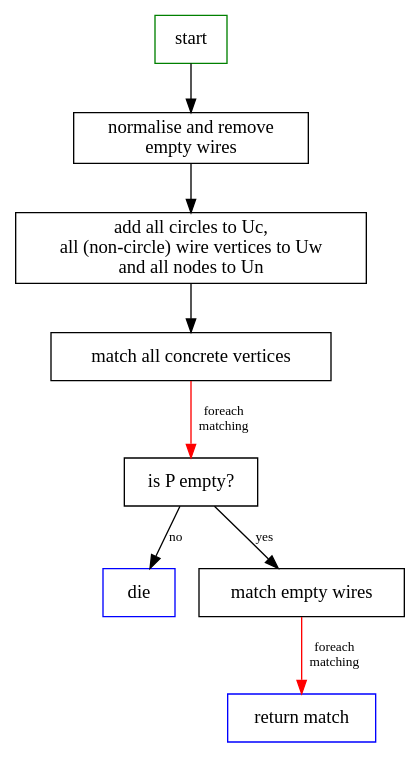
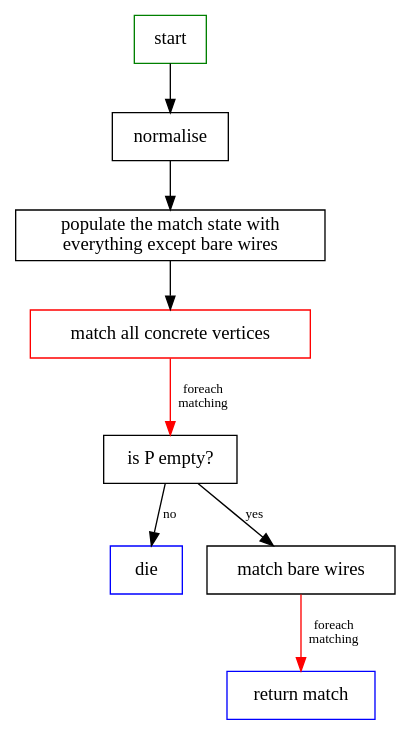
Before and after one commit to zxcalc/quantomatic: the diagram in docs/matching_algo/concrete_wrapper.dot, drawn with Graphviz. The commit also changed 2 other files, not shown here.

```diff
--- a/docs/matching_algo/concrete_wrapper.dot
+++ b/docs/matching_algo/concrete_wrapper.dot
@@ -1,19 +1,19 @@
 digraph {
     node [shape=box]
     edge [fontsize=10]
     
     start [color=green]
-    normalise [label="normalise and remove\nempty wires"]
-    addverts [label="add all circles to Uc,\nall (non-circle) wire vertices to Uw\nand all nodes to Un"]
-    match [label="match all concrete vertices"]
+    normalise [label="normalise"]
+    addverts [label="populate the match state with\neverything except bare wires"]
+    match [label="match all concrete vertices",color=red]
     nopartial [label="is P empty?"]
     die [label=die,color=blue]
-    emptywires [label="match empty wires"]
+    emptywires [label="match bare wires"]
     done [label="return match",color=blue]
     
     start -> normalise -> addverts -> match
     match -> nopartial [label="foreach\nmatching",color=red]
     nopartial -> emptywires [label=yes]
     nopartial -> die [label=no]
     emptywires -> done [label="foreach\nmatching",color=red]
 }
```
